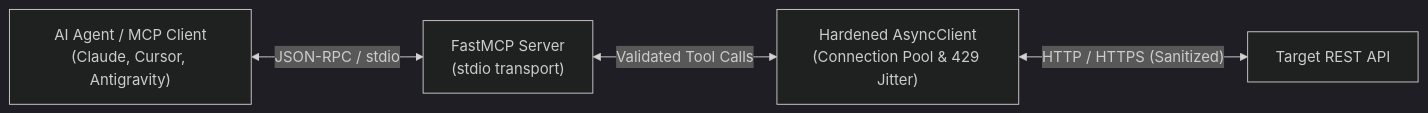
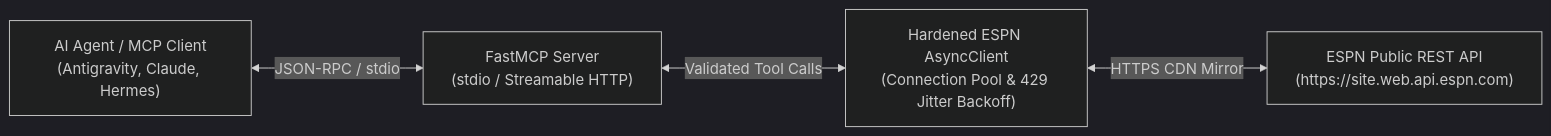
Before and after one commit to christianclaudio/mcp-server-espn: the diagram in README.md, drawn with Mermaid (dark theme). The commit also changed other lines of this file and 20 other files, not shown here.

Commit message:
feat: complete initial release v1.0.0 of mcp-server-espn

````diff
--- a/README.md
+++ b/README.md
@@ -17,11 +16,11 @@
 ```mermaid
 graph LR
-    Client["AI Agent / MCP Client<br>(Claude, Cursor, Antigravity)"]
-    Server["FastMCP Server<br>(stdio transport)"]
-    ClientHandler["Hardened AsyncClient<br>(Connection Pool & 429 Jitter)"]
-    API["Target REST API"]
+    Agent["AI Agent / MCP Client<br>(Antigravity, Claude, Hermes)"]
+    Server["FastMCP Server<br>(stdio / Streamable HTTP)"]
+    ClientHandler["Hardened ESPN AsyncClient<br>(Connection Pool & 429 Jitter Backoff)"]
+    ESPN["ESPN Public REST API<br>(https://site.web.api.espn.com)"]
 
-    Client <-->|"JSON-RPC / stdio"| Server
+    Agent <-->|"JSON-RPC / stdio"| Server
     Server <-->|"Validated Tool Calls"| ClientHandler
-    ClientHandler <-->|"HTTP / HTTPS (Sanitized)"| API
+    ClientHandler <-->|"HTTPS CDN Mirror"| ESPN
 ```
````
